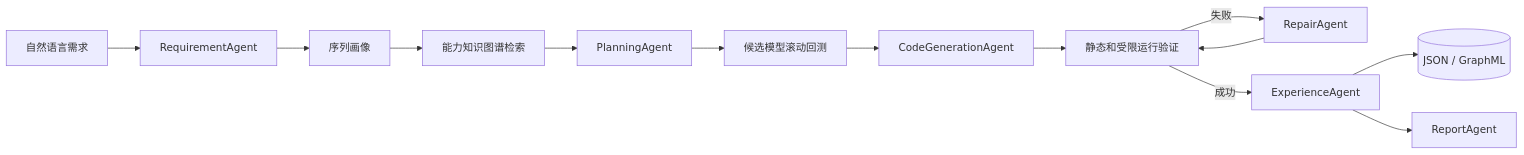
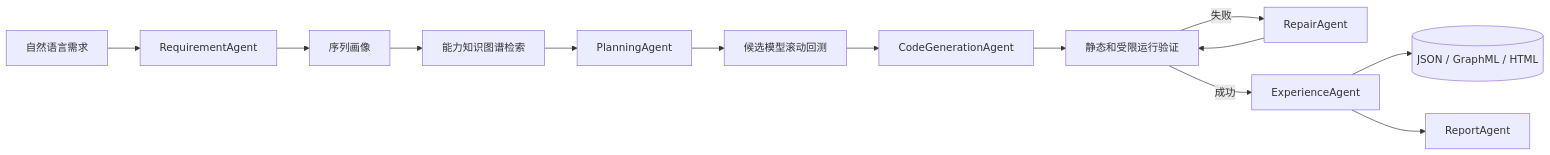
One commit to Charlie-learner/inventory-forecast-factory changed the diagram in README.md. Above: the diagram before and after it, drawn with Mermaid. The commit also changed other lines of this file and 32 other files, not shown here.

````diff
--- a/README.md
+++ b/README.md
@@ -20,15 +20,15 @@
 ```mermaid
 flowchart LR
     U[自然语言需求] --> R[RequirementAgent]
     R --> P[序列画像]
     P --> K[能力知识图谱检索]
     K --> L[PlanningAgent]
     L --> B[候选模型滚动回测]
     B --> C[CodeGenerationAgent]
     C --> V[静态和受限运行验证]
     V -->|失败| F[RepairAgent]
     F --> V
     V -->|成功| E[ExperienceAgent]
-    E --> G[(JSON / GraphML)]
+    E --> G[(JSON / GraphML / HTML)]
     E --> O[ReportAgent]
 ```
````
